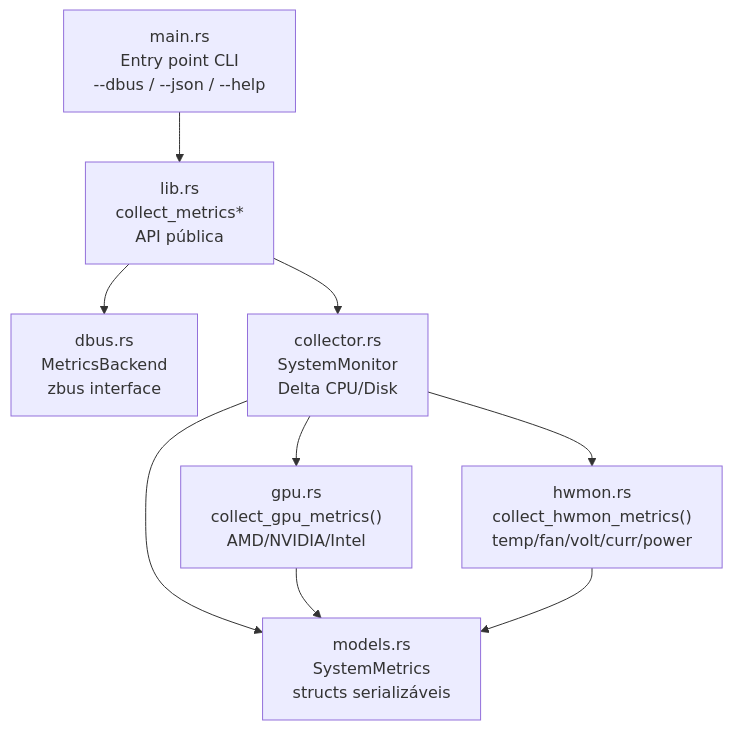
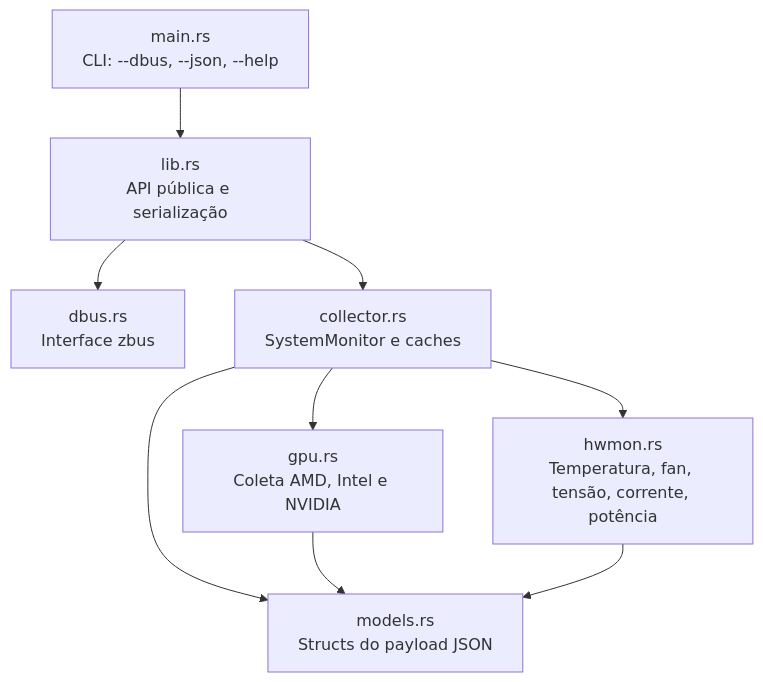
The third of 4 diagrams in docs/architecture.md (marcos2872/rust-monitor-tray), drawn with Mermaid before and after one commit. The commit also changed other lines of this file and 8 other files, not shown here.

````diff
--- a/docs/architecture.md
+++ b/docs/architecture.md
@@ -48,19 +65,19 @@
 ```mermaid
 graph TD
-    main["main.rs\nEntry point CLI\n--dbus / --json / --help"]
-    lib["lib.rs\ncollect_metrics*\nAPI pública"]
-    dbus["dbus.rs\nMetricsBackend\nzbus interface"]
-    collector["collector.rs\nSystemMonitor\nDelta CPU/Disk"]
-    gpu["gpu.rs\ncollect_gpu_metrics()\nAMD/NVIDIA/Intel"]
-    hwmon["hwmon.rs\ncollect_hwmon_metrics()\ntemp/fan/volt/curr/power"]
-    models["models.rs\nSystemMetrics\nstructs serializáveis"]
+    main["main.rs<br/>CLI: --dbus, --json, --help"]
+    lib["lib.rs<br/>API pública e serialização"]
+    dbus["dbus.rs<br/>Interface zbus"]
+    collector["collector.rs<br/>SystemMonitor e caches"]
+    gpu["gpu.rs<br/>Coleta AMD, Intel e NVIDIA"]
+    hwmon["hwmon.rs<br/>Temperatura, fan, tensão, corrente, potência"]
+    models["models.rs<br/>Structs do payload JSON"]
 
     main --> lib
     lib --> dbus
     lib --> collector
     collector --> gpu
     collector --> hwmon
     collector --> models
     gpu --> models
     hwmon --> models
 ```
````
